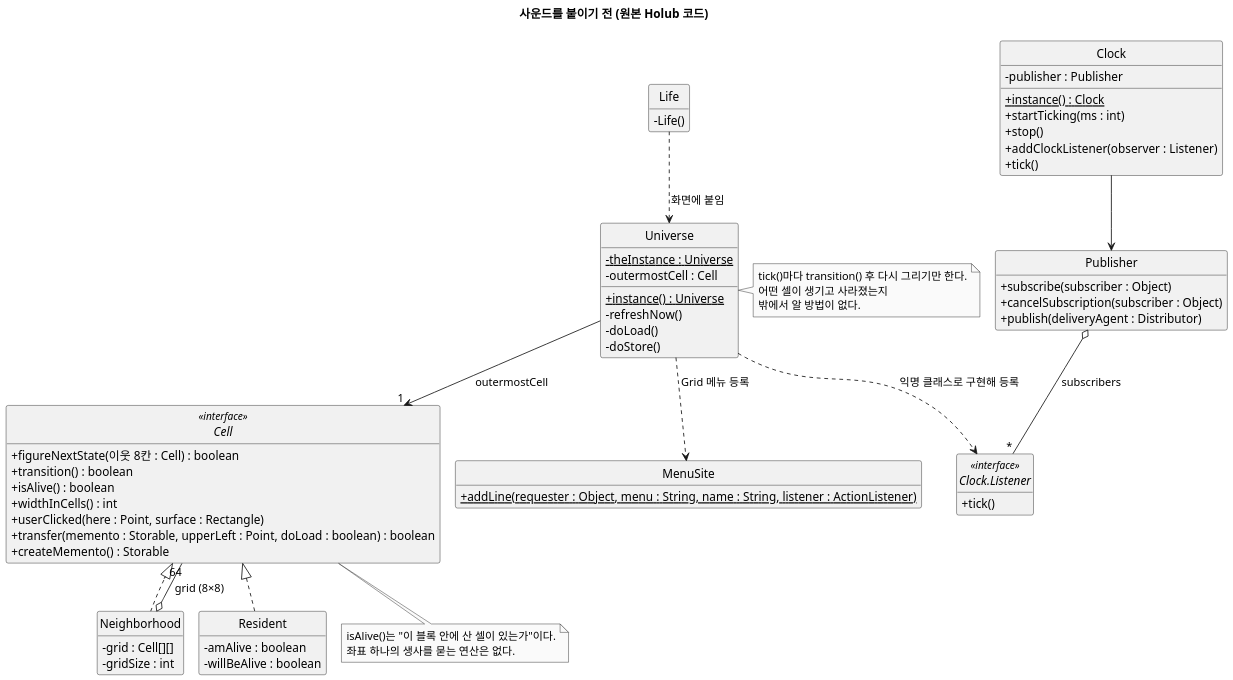
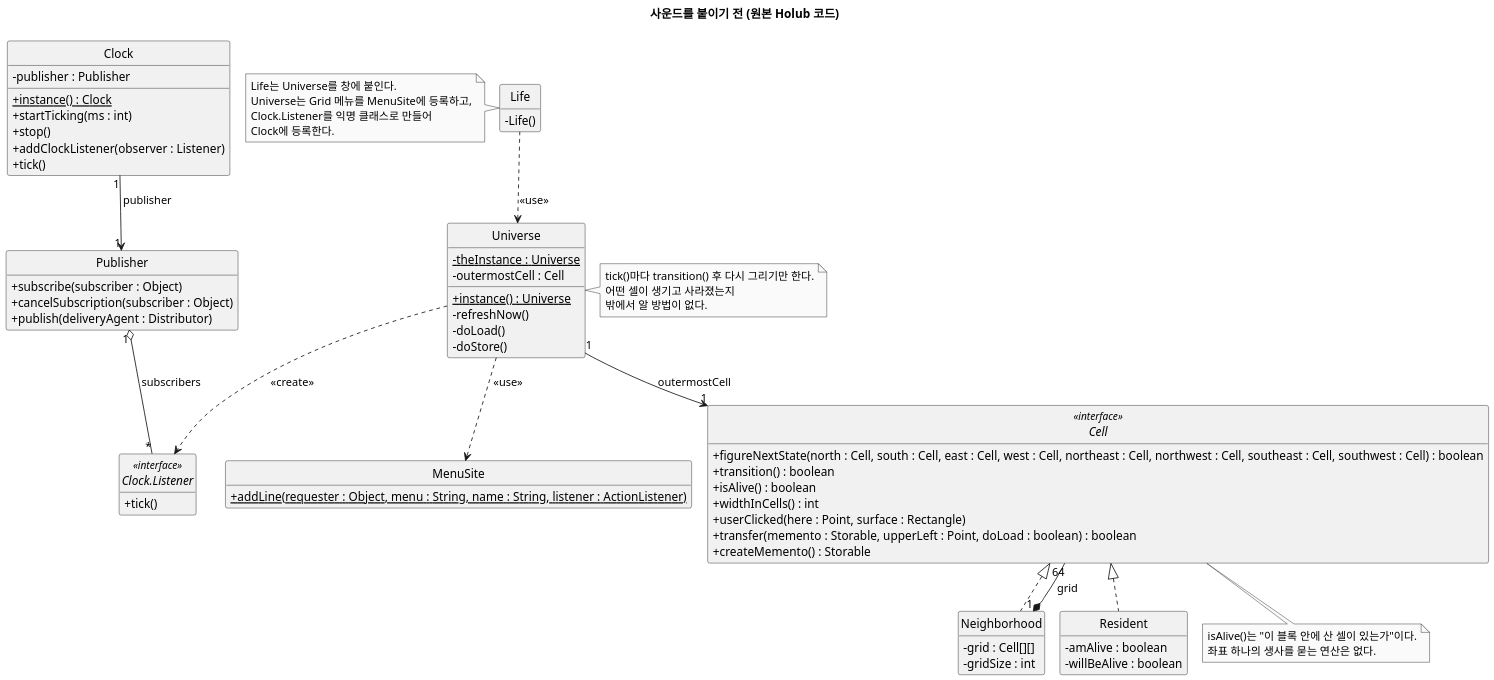
The diagram in docs/sound-effects/diagram/class-before.puml (mckimR1972/DP_team_project), drawn with PlantUML before and after one commit. The commit also changed 16 other files, not shown here.

First line of the commit message:
docs(sound): 다이어그램 표기를 팀 통일안에 맞춤

```diff
--- a/docs/sound-effects/diagram/class-before.puml
+++ b/docs/sound-effects/diagram/class-before.puml
@@ -1,91 +1,98 @@
 @startuml class-before
 !pragma layout smetana
 skinparam monochrome true
 skinparam dpi 150
 skinparam shadowing false
 skinparam defaultFontName "Malgun Gothic"
 skinparam classAttributeIconSize 0
 hide circle
 hide empty members
 skinparam ranksep 60
 skinparam nodesep 50
 title 사운드를 붙이기 전 (원본 Holub 코드)
 
 class Life {
   - Life()
 }
 
 class Universe {
   - {static} theInstance : Universe
   - outermostCell : Cell
   + {static} instance() : Universe
   - refreshNow()
   - doLoad()
   - doStore()
 }
 
 class Clock {
   - publisher : Publisher
   + {static} instance() : Clock
   + startTicking(ms : int)
   + stop()
   + addClockListener(observer : Listener)
   + tick()
 }
 
 interface "Clock.Listener" as ClockListener <<interface>> {
   + tick()
 }
 
 class Publisher {
   + subscribe(subscriber : Object)
   + cancelSubscription(subscriber : Object)
   + publish(deliveryAgent : Distributor)
 }
 
 interface Cell <<interface>> {
-  + figureNextState(이웃 8칸 : Cell) : boolean
+  + figureNextState(north : Cell, south : Cell, east : Cell, west : Cell, northeast : Cell, northwest : Cell, southeast : Cell, southwest : Cell) : boolean
   + transition() : boolean
   + isAlive() : boolean
   + widthInCells() : int
   + userClicked(here : Point, surface : Rectangle)
   + transfer(memento : Storable, upperLeft : Point, doLoad : boolean) : boolean
   + createMemento() : Storable
 }
 
 class Neighborhood {
   - grid : Cell[][]
   - gridSize : int
 }
 
 class Resident {
   - amAlive : boolean
   - willBeAlive : boolean
 }
 
 class MenuSite {
   + {static} addLine(requester : Object, menu : String, name : String, listener : ActionListener)
 }
 
-Life ..> Universe : 화면에 붙임
-Universe --> "1" Cell : outermostCell
+Life ..> Universe : <<use>>
+Universe "1" --> "1" Cell : outermostCell
 Cell <|.. Neighborhood
 Cell <|.. Resident
-Neighborhood o-- "64" Cell : grid (8×8)
+Neighborhood "1" *-- "64" Cell : grid
 
-Universe ..> MenuSite : Grid 메뉴 등록
-Clock --> Publisher
-Publisher o-- "*" ClockListener : subscribers
-Universe ..> ClockListener : 익명 클래스로 구현해 등록
+Universe ..> MenuSite : <<use>>
+Clock "1" --> "1" Publisher : publisher
+Publisher "1" o-- "*" ClockListener : subscribers
+Universe ..> ClockListener : <<create>>
+
+note left of Life
+  Life는 Universe를 창에 붙인다.
+  Universe는 Grid 메뉴를 MenuSite에 등록하고,
+  Clock.Listener를 익명 클래스로 만들어
+  Clock에 등록한다.
+end note
 
 note right of Universe
   tick()마다 transition() 후 다시 그리기만 한다.
   어떤 셀이 생기고 사라졌는지
   밖에서 알 방법이 없다.
 end note
 
 note bottom of Cell
   isAlive()는 "이 블록 안에 산 셀이 있는가"이다.
   좌표 하나의 생사를 묻는 연산은 없다.
 end note
 @enduml
```
